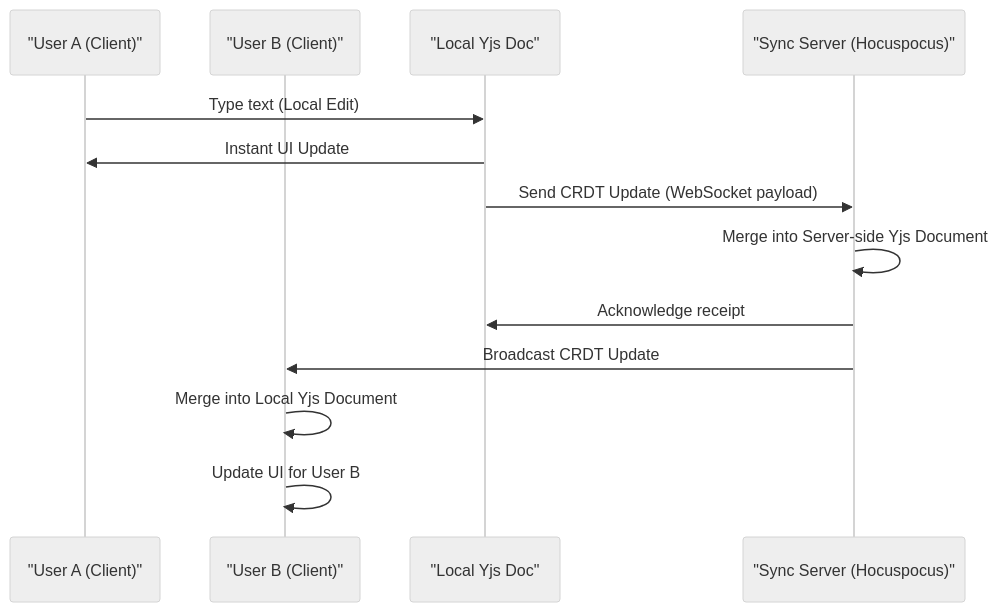
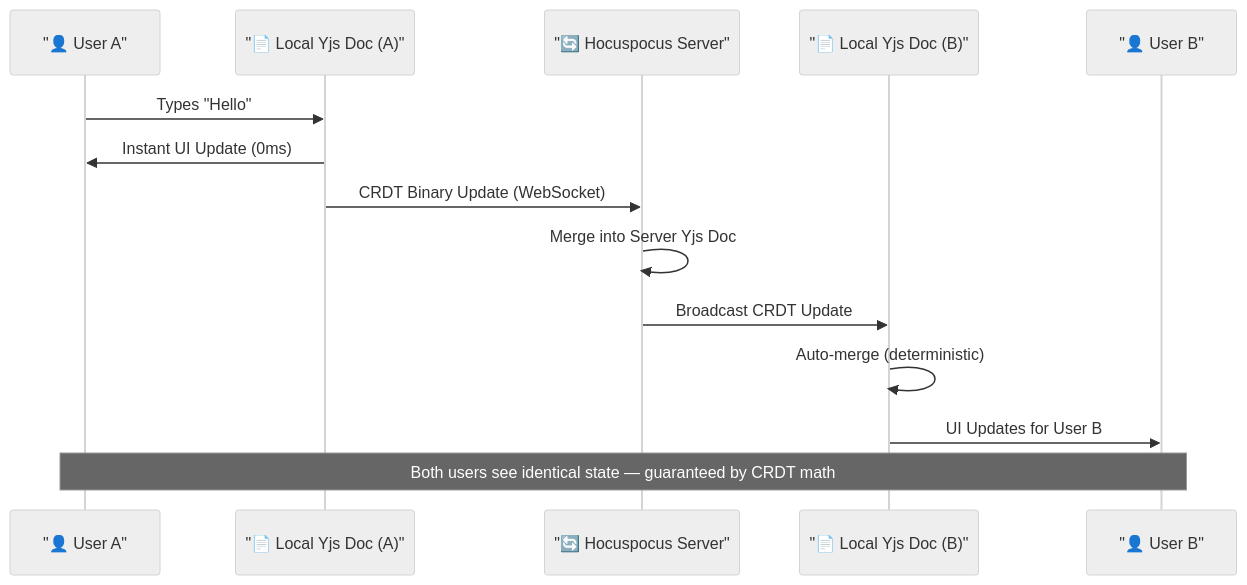
Before and after one commit to Panchadip-128/Syncpad-Distributed-State-Synchronization-Engine: the second of 4 diagrams in README.md, drawn with Mermaid (neutral theme). The commit also changed other lines of this file, not shown here.

Commit message:
docs: comprehensive README with architecture diagrams, feature matrix, tech stack, deployment guides, and AI benchmarks

````diff
--- a/README.md
+++ b/README.md
@@ -69,16 +204,18 @@
 ```mermaid
 sequenceDiagram
-    participant U1 as "User A (Client)"
-    participant U2 as "User B (Client)"
-    participant Y as "Local Yjs Doc"
-    participant S as "Sync Server (Hocuspocus)"
+    participant U1 as "👤 User A"
+    participant Y1 as "📄 Local Yjs Doc (A)"
+    participant S as "🔄 Hocuspocus Server"
+    participant Y2 as "📄 Local Yjs Doc (B)"
+    participant U2 as "👤 User B"
     
-    U1->>Y: Type text (Local Edit)
-    Y->>U1: Instant UI Update
-    Y->>S: Send CRDT Update (WebSocket payload)
-    S->>S: Merge into Server-side Yjs Document
-    S->>Y: Acknowledge receipt
-    S->>U2: Broadcast CRDT Update
-    U2->>U2: Merge into Local Yjs Document
-    U2->>U2: Update UI for User B
+    U1->>Y1: Types "Hello"
+    Y1->>U1: Instant UI Update (0ms)
+    Y1->>S: CRDT Binary Update (WebSocket)
+    S->>S: Merge into Server Yjs Doc
+    S->>Y2: Broadcast CRDT Update
+    Y2->>Y2: Auto-merge (deterministic)
+    Y2->>U2: UI Updates for User B
+    
+    Note over U1,U2: Both users see identical state — guaranteed by CRDT math
 ```
````
